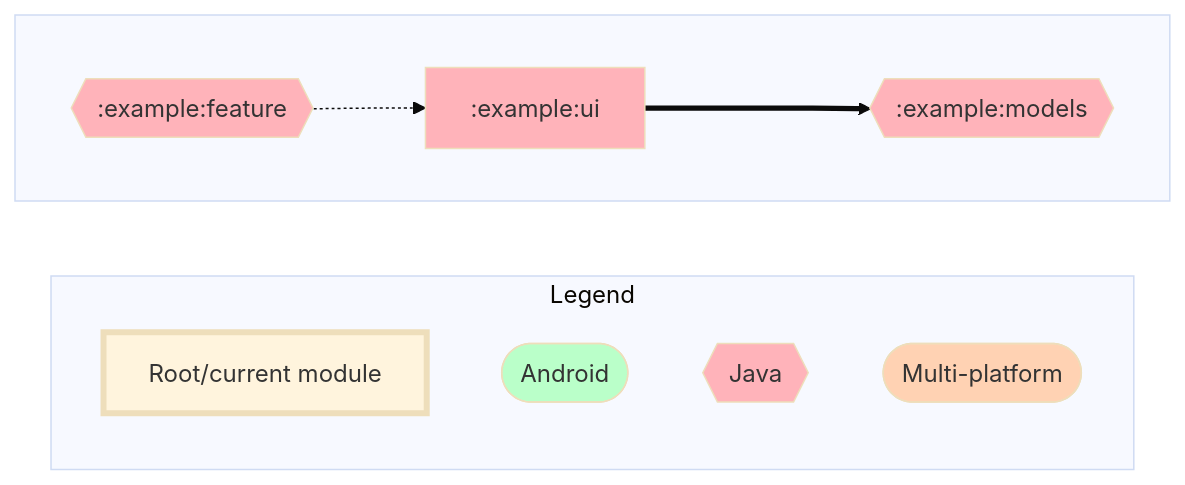
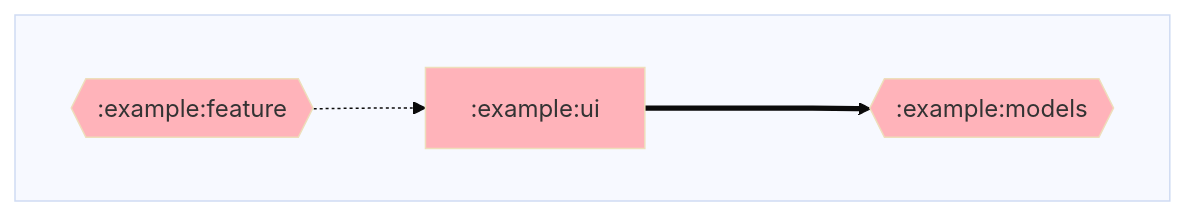
The diagram in example/ui/dependencyGraph.md (adityabhaskar/Gradle-dependency-graphs), drawn with Mermaid before and after one commit. The commit also changed 9 other files, not shown here.

````diff
--- a/example/ui/dependencyGraph.md
+++ b/example/ui/dependencyGraph.md
@@ -1,38 +1,29 @@
 ```mermaid
 %%{ init: { 'theme': 'base' } }%%
 graph LR;
 
 %% Styling for module nodes by type
 classDef rootNode stroke-width:4px;
 classDef mppNode fill:#ffd2b3;
 classDef andNode fill:#baffc9;
 classDef javaNode fill:#ffb3ba;
-
-%% Graph types
-subgraph Legend
-  direction TB;
-  rootNode[Root/current module]:::rootNode;
-  andNode([Android]):::andNode;
-  javaNode{{Java}}:::javaNode;
-  mppNode([Multi-platform]):::mppNode;
-end
 
 %% Modules
 subgraph  
   direction LR;
   :example:feature{{:example:feature}}:::javaNode;
   :example:models{{:example:models}}:::javaNode;
   :example:ui[:example:ui]:::javaNode;
 end
 
 %% Dependencies
 :example:ui===>:example:models
 
 %% Dependents
 :example:feature-.->:example:ui
 
 %% Click interactions
 click :example:feature https://github.com/adityabhaskar/Project-Dependency-Graph/blob/main/example/feature/dependencyGraph.md
 click :example:models https://github.com/adityabhaskar/Project-Dependency-Graph/blob/main/example/models/dependencyGraph.md
 click :example:ui https://github.com/adityabhaskar/Project-Dependency-Graph/blob/main/example/ui/dependencyGraph.md
 ```
````
